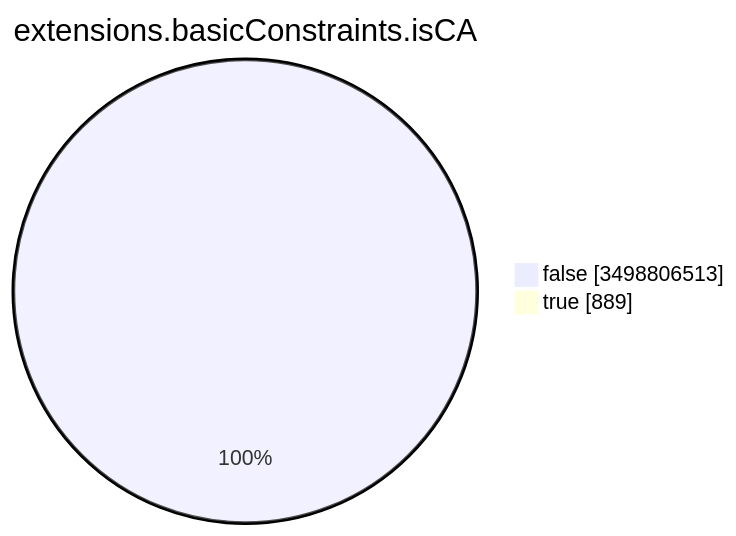
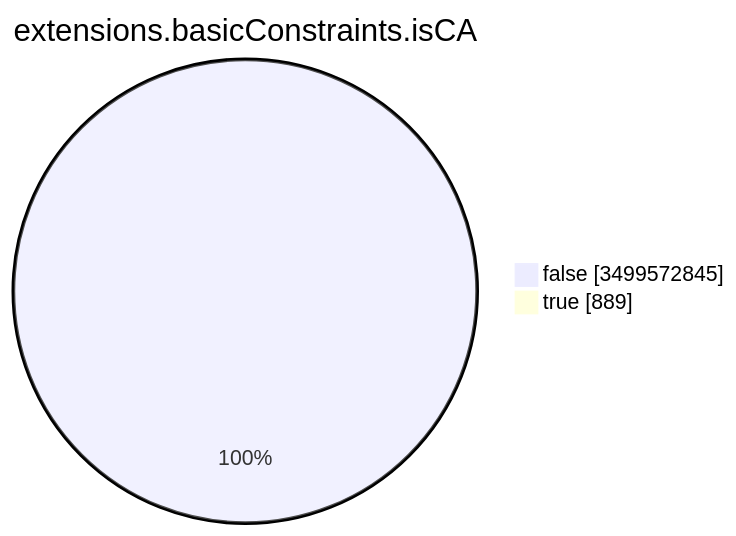
Before and after one commit to christiankrug/ctmonitor_visualization: the seventh of 15 diagrams in TOTAL/README.md, drawn with Mermaid. The commit also changed other lines of this file, not shown here.

````diff
--- a/TOTAL/README.md
+++ b/TOTAL/README.md
@@ -3094,6 +3094,6 @@
 ```mermaid
 pie showData
 title extensions.basicConstraints.isCA
-"false" :3498806513
+"false" :3499572845
 "true" :889
 ```
````
